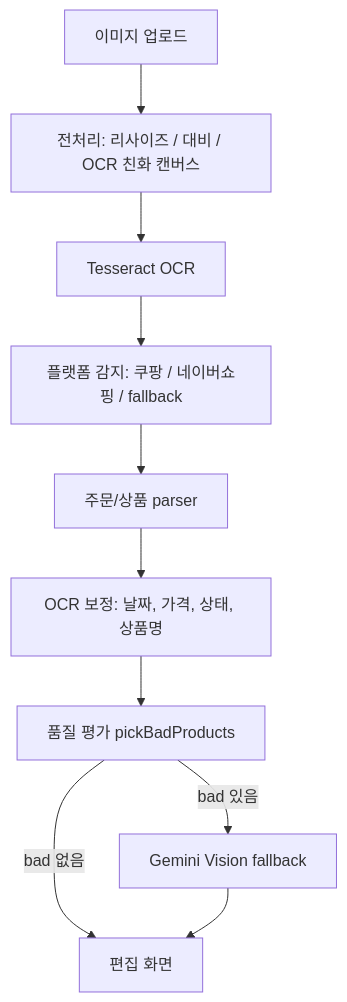
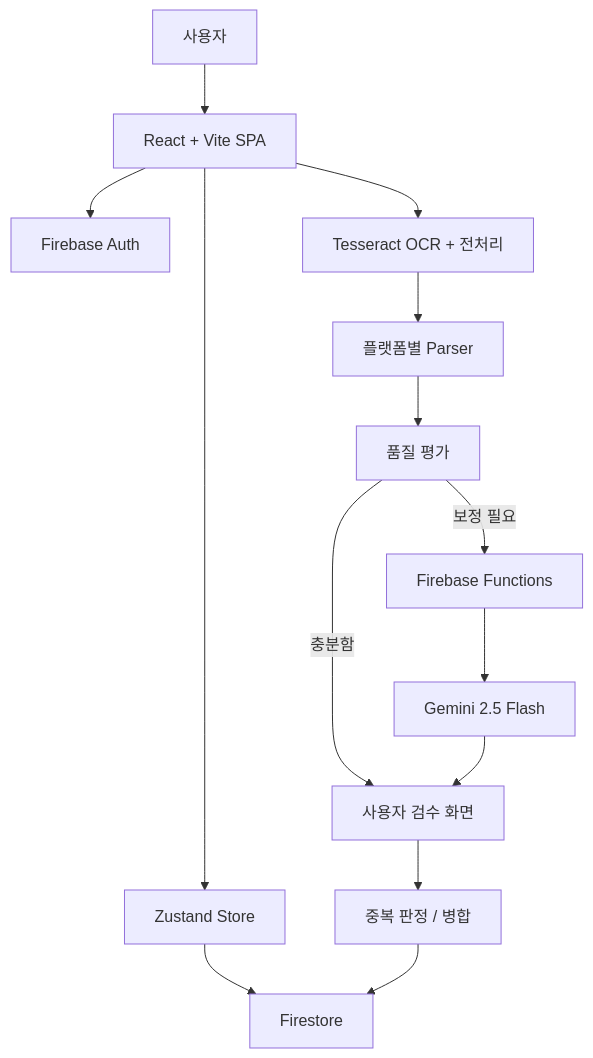
Before and after one commit to kosta-dev-sjh/p2-purchase-tracker: the second of 3 diagrams in README.md, drawn with Mermaid. The commit also changed other lines of this file, not shown here.

````diff
--- a/README.md
+++ b/README.md
@@ -113,12 +77,16 @@
 ```mermaid
-flowchart TD
-  A["이미지 업로드"] --> B["전처리: 리사이즈 / 대비 / OCR 친화 캔버스"]
-  B --> C["Tesseract OCR"]
-  C --> D["플랫폼 감지: 쿠팡 / 네이버쇼핑 / fallback"]
-  D --> E["주문/상품 parser"]
-  E --> F["OCR 보정: 날짜, 가격, 상태, 상품명"]
-  F --> G["품질 평가 pickBadProducts"]
-  G -->|bad 없음| I["편집 화면"]
-  G -->|bad 있음| H["Gemini Vision fallback"]
-  H --> I
+flowchart TB
+  User["사용자"] --> App["React + Vite SPA"]
+  App --> Auth["Firebase Auth"]
+  App --> Store["Zustand Store"]
+  Store --> Firestore["Firestore"]
+  App --> OCR["Tesseract OCR + 전처리"]
+  OCR --> Parser["플랫폼별 Parser"]
+  Parser --> Quality["품질 평가"]
+  Quality -->|보정 필요| Fn["Firebase Functions"]
+  Fn --> Gemini["Gemini 2.5 Flash"]
+  Quality -->|충분함| Draft["사용자 검수 화면"]
+  Gemini --> Draft
+  Draft --> Merge["중복 판정 / 병합"]
+  Merge --> Firestore
 ```
````
